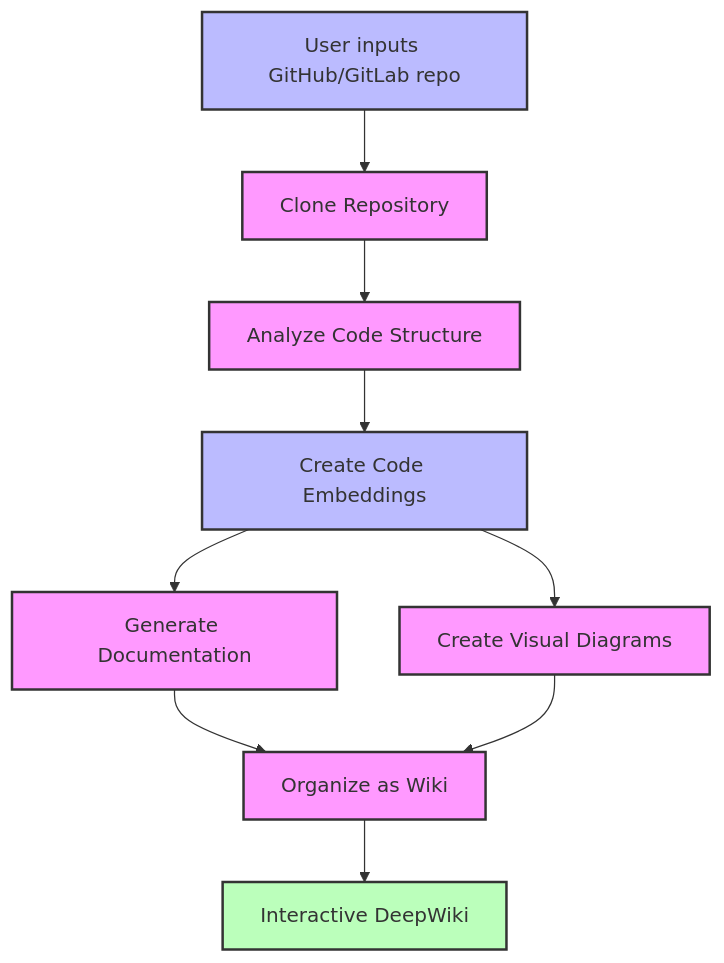
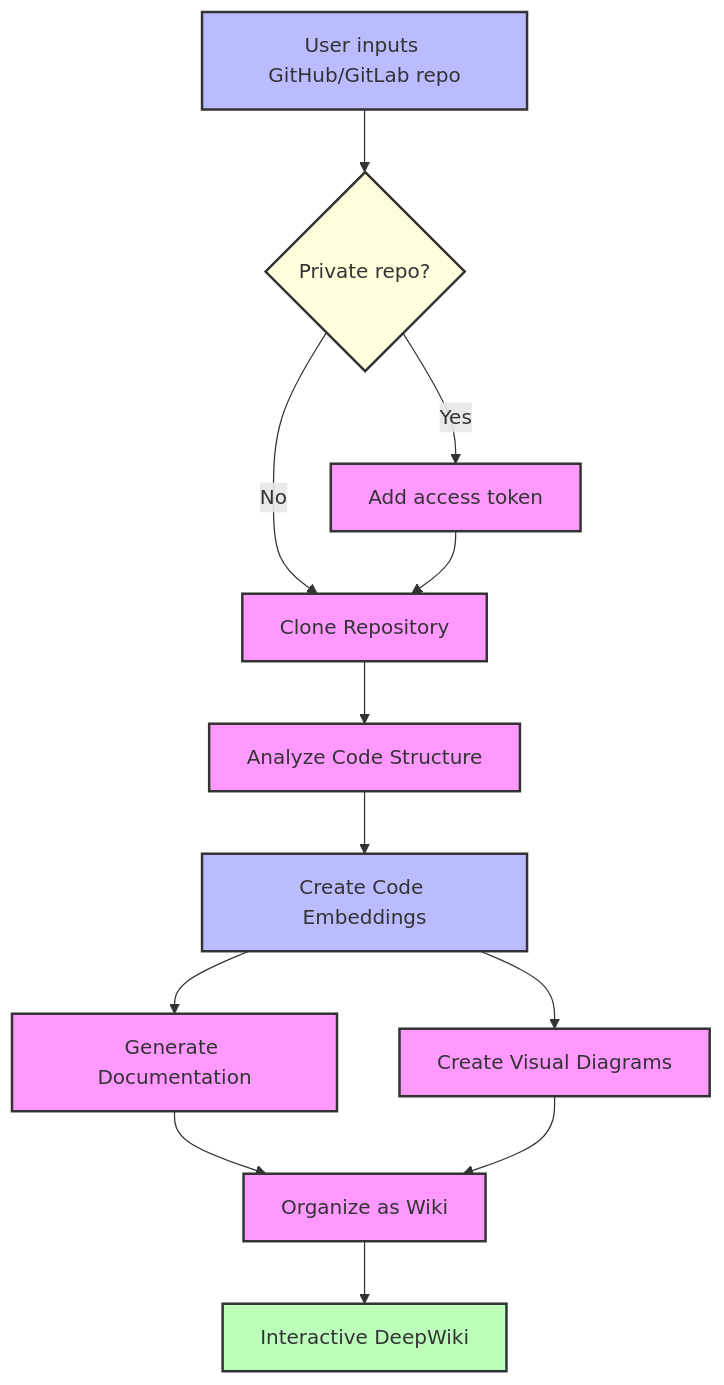
One commit to zhlhaohao/deepwiki-open changed the diagram in README.md. Above: the diagram before and after it, drawn with Mermaid. The commit also changed other lines of this file and 5 other files, not shown here.

Commit message:
Feature: Private Repository Support.

````diff
--- a/README.md
+++ b/README.md
@@ -91,19 +93,24 @@
 ```mermaid
 graph TD
-    A[User inputs GitHub/GitLab repo] --> B[Clone Repository]
+    A[User inputs GitHub/GitLab repo] --> AA{Private repo?}
+    AA -->|Yes| AB[Add access token]
+    AA -->|No| B[Clone Repository]
+    AB --> B
     B --> C[Analyze Code Structure]
     C --> D[Create Code Embeddings]
     D --> E[Generate Documentation]
     D --> F[Create Visual Diagrams]
     E --> G[Organize as Wiki]
     F --> G
     G --> H[Interactive DeepWiki]
 
     classDef process fill:#f9f,stroke:#333,stroke-width:2px;
     classDef data fill:#bbf,stroke:#333,stroke-width:2px;
     classDef result fill:#bfb,stroke:#333,stroke-width:2px;
+    classDef decision fill:#ffd,stroke:#333,stroke-width:2px;
 
     class A,D data;
-    class B,C,E,F,G process;
+    class AA decision;
+    class B,C,E,F,G,AB process;
     class H result;
 ```
````
